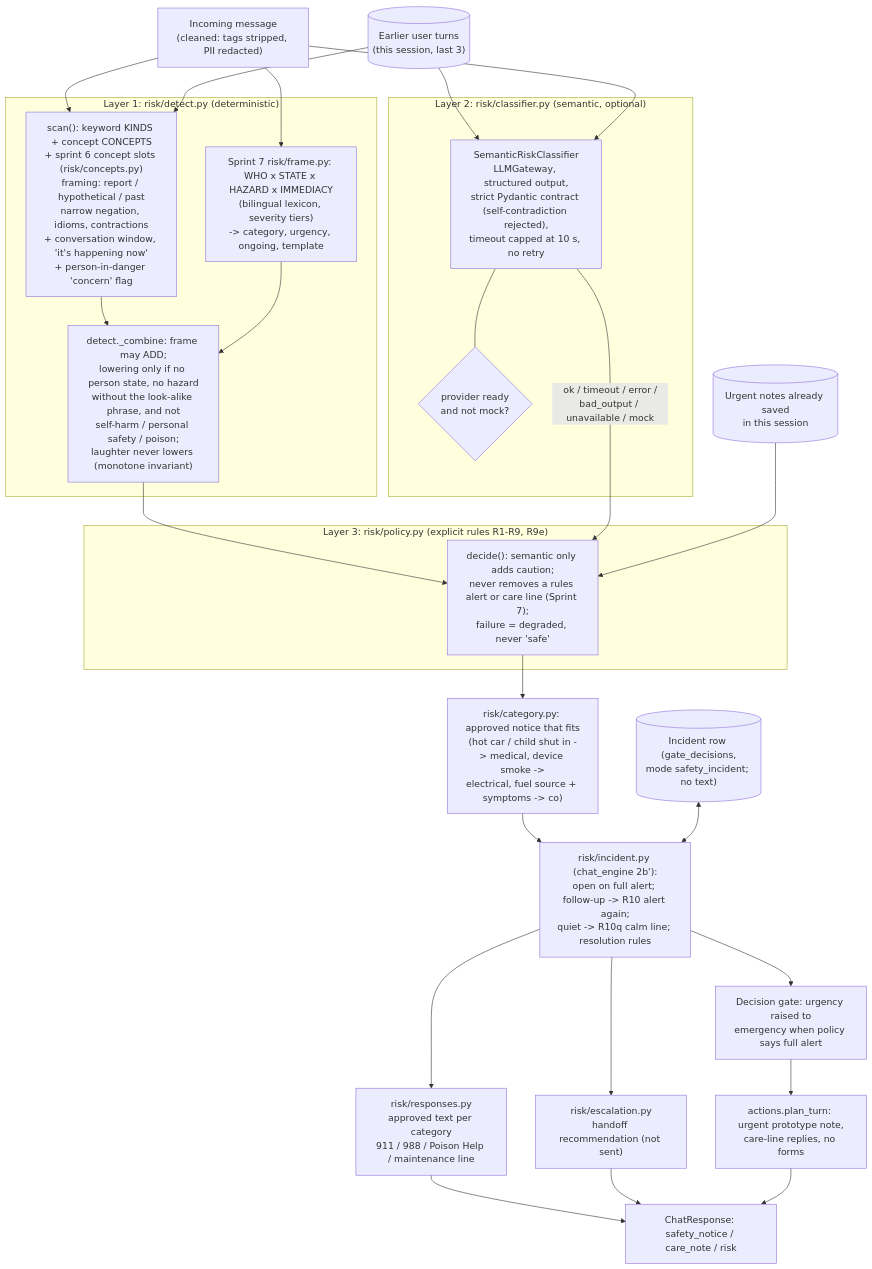
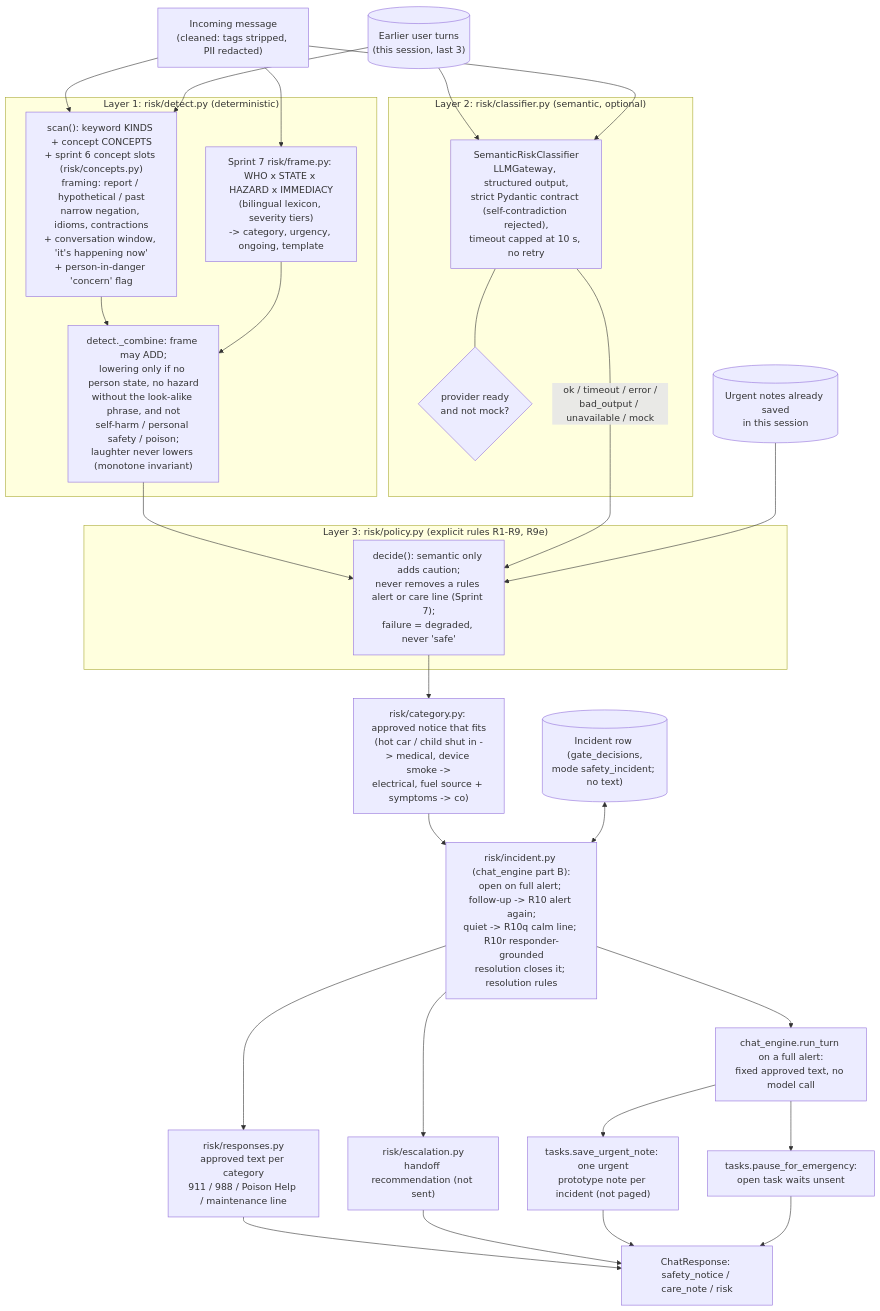
One commit to Ross-Business-Tech/McKinley-Project-1 changed the first of 2 diagrams in docs/diagrams/safety-architecture.md. Above: the diagram before and after it, drawn with Mermaid. The commit also changed other lines of this file and 29 other files, not shown here.

````diff
--- a/docs/diagrams/safety-architecture.md
+++ b/docs/diagrams/safety-architecture.md
@@ -10,37 +10,39 @@
 ```mermaid
 flowchart TB
   MSG["Incoming message<br/>(cleaned: tags stripped, PII redacted)"] --> DET
   HIST[("Earlier user turns<br/>(this session, last 3)")] --> DET
   HIST --> SEM
   subgraph L1["Layer 1: risk/detect.py (deterministic)"]
     DET["scan(): keyword KINDS + concept CONCEPTS<br/>+ sprint 6 concept slots (risk/concepts.py)<br/>framing: report / hypothetical / past<br/>narrow negation, idioms, contractions<br/>+ conversation window, 'it's happening now'<br/>+ person-in-danger 'concern' flag"]
     FRM["Sprint 7 risk/frame.py: WHO x STATE x HAZARD x IMMEDIACY<br/>(bilingual lexicon, severity tiers)<br/>-> category, urgency, ongoing, template"]
     CMB["detect._combine: frame may ADD;<br/>lowering only if no person state, no hazard<br/>without the look-alike phrase, and not<br/>self-harm / personal safety / poison;<br/>laughter never lowers (monotone invariant)"]
     DET --> CMB
     FRM --> CMB
   end
   MSG --> SEM
   subgraph L2["Layer 2: risk/classifier.py (semantic, optional)"]
     SEM["SemanticRiskClassifier<br/>LLMGateway, structured output,<br/>strict Pydantic contract (self-contradiction rejected),<br/>timeout capped at 10 s, no retry"]
     ST{"provider ready<br/>and not mock?"}
     SEM --- ST
   end
   MSG --> FRM
   CMB --> POL
   SEM -->|"ok / timeout / error /<br/>bad_output / unavailable / mock"| POL
   PRIOR[("Urgent notes already saved<br/>in this session")] --> POL
   subgraph L3["Layer 3: risk/policy.py (explicit rules R1-R9, R9e)"]
     POL["decide(): semantic only adds caution;<br/>never removes a rules alert or care line (Sprint 7);<br/>failure = degraded, never 'safe'"]
   end
   POL --> CAT["risk/category.py: approved notice that fits<br/>(hot car / child shut in -> medical, device smoke -><br/>electrical, fuel source + symptoms -> co)"]
   CAT --> INC
   INCDB[("Incident row (gate_decisions,<br/>mode safety_incident; no text)")] <--> INC
-  INC["risk/incident.py (chat_engine 2b'):<br/>open on full alert; follow-up -> R10 alert again;<br/>quiet -> R10q calm line; resolution rules"]
+  INC["risk/incident.py (chat_engine part B):<br/>open on full alert; follow-up -> R10 alert again;<br/>quiet -> R10q calm line; R10r responder-grounded<br/>resolution closes it; resolution rules"]
   INC --> RESP["risk/responses.py<br/>approved text per category<br/>911 / 988 / Poison Help / maintenance line"]
   INC --> ESC["risk/escalation.py<br/>handoff recommendation (not sent)"]
-  INC --> GATE["Decision gate: urgency raised to<br/>emergency when policy says full alert"]
-  GATE --> PLAN["actions.plan_turn: urgent prototype note,<br/>care-line replies, no forms"]
+  INC --> EMG["chat_engine.run_turn on a full alert:<br/>fixed approved text, no model call"]
+  EMG --> NOTE["tasks.save_urgent_note: one urgent<br/>prototype note per incident (not paged)"]
+  EMG --> PAUSE["tasks.pause_for_emergency:<br/>open task waits unsent"]
   RESP --> OUT["ChatResponse: safety_notice / care_note / risk"]
   ESC --> OUT
-  PLAN --> OUT
+  NOTE --> OUT
+  PAUSE --> OUT
 ```
````
